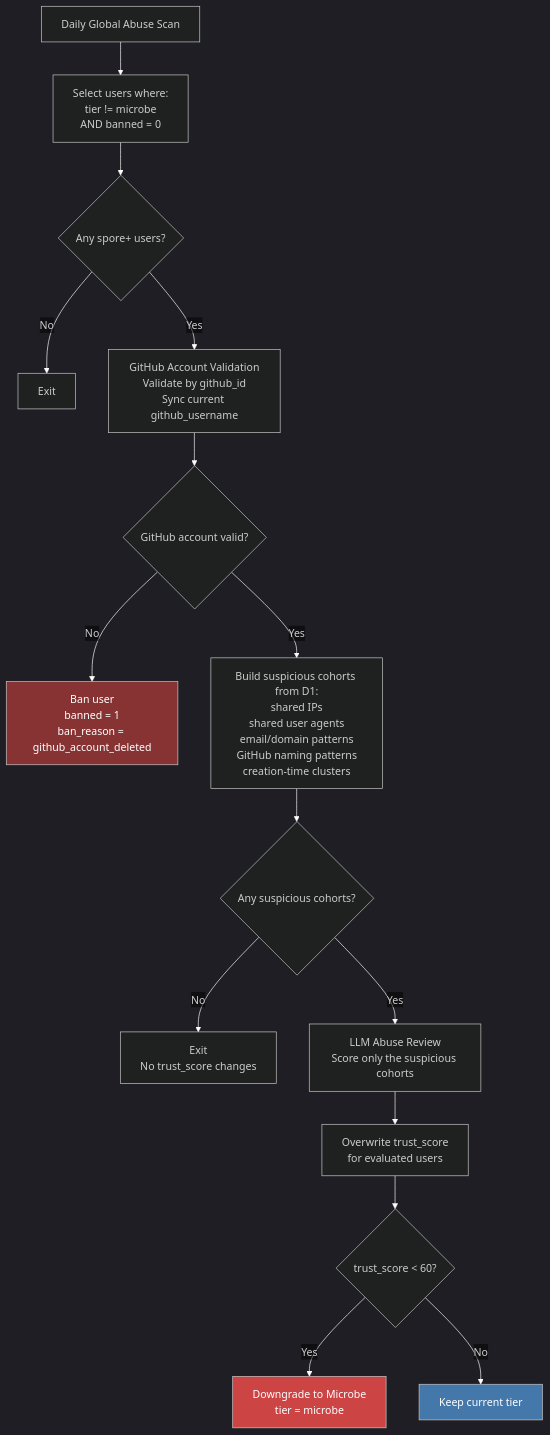
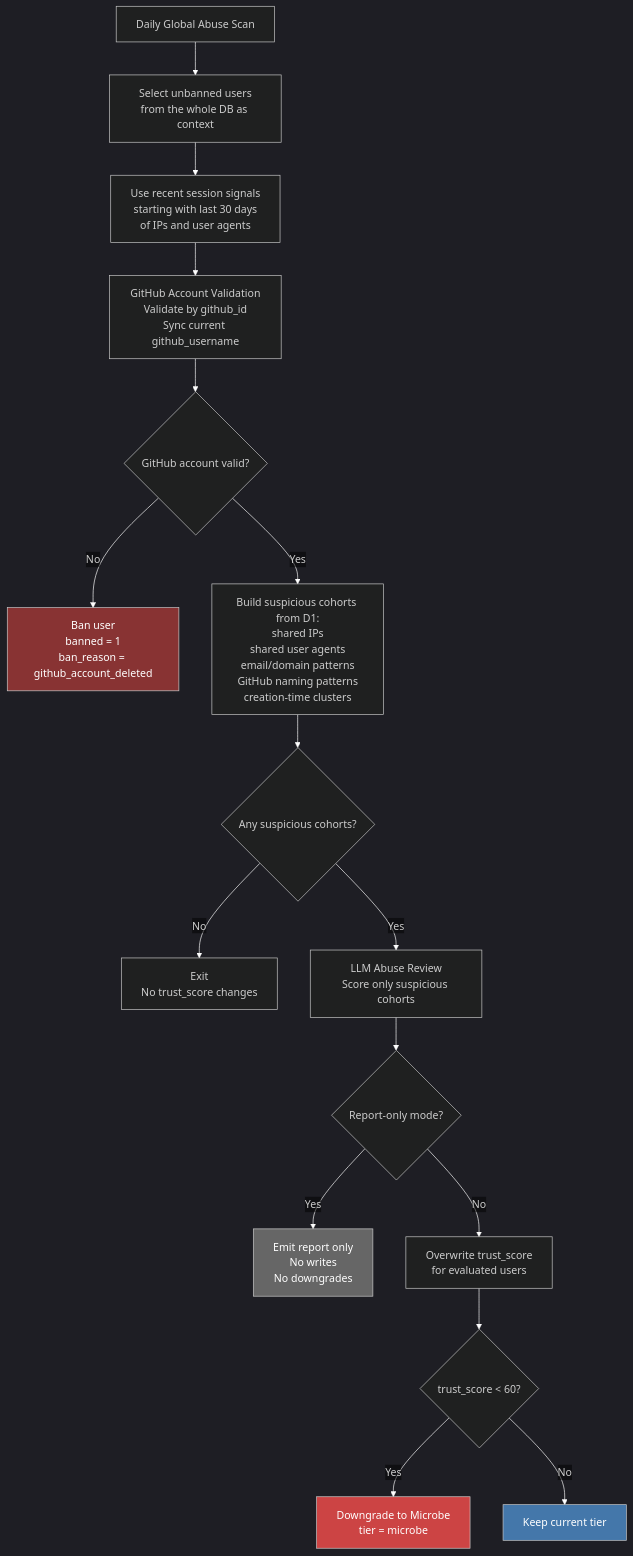
One commit to pollinations/pollinations changed the second of 3 diagrams in enter.pollinations.ai/scripts/user-pipeline/README.md. Above: the diagram before and after it, drawn with Mermaid. The commit also changed other lines of this file and 1 other file, not shown here.

Commit message:
docs: plan daily global abuse scan

````diff
--- a/enter.pollinations.ai/scripts/user-pipeline/README.md
+++ b/enter.pollinations.ai/scripts/user-pipeline/README.md
@@ -138,42 +149,48 @@
 ```mermaid
 %%{init: {'theme': 'dark', 'themeVariables': {'lineColor': '#ffffff', 'edgeLabelBackground': 'transparent'}}}%%
 flowchart TD
-    A["Daily Global Abuse Scan"] --> B["Select users where:
-tier != microbe
-AND banned = 0"]
+    A["Daily Global Abuse Scan"] --> B["Select unbanned users
+from the whole DB as context"]
 
-    B --> C{"Any spore+ users?"}
-    C -->|No| D["Exit"]
-    C -->|Yes| E["GitHub Account Validation
+    B --> C["Use recent session signals
+starting with last 30 days
+of IPs and user agents"]
+
+    C --> D["GitHub Account Validation
 Validate by github_id
 Sync current github_username"]
 
-    E --> F{"GitHub account valid?"}
-    F -->|No| G["Ban user
+    D --> E{"GitHub account valid?"}
+    E -->|No| F["Ban user
 banned = 1
 ban_reason = github_account_deleted"]
-    F -->|Yes| H["Build suspicious cohorts from D1:
+    E -->|Yes| G["Build suspicious cohorts from D1:
 shared IPs
 shared user agents
 email/domain patterns
 GitHub naming patterns
 creation-time clusters"]
 
-    H --> I{"Any suspicious cohorts?"}
-    I -->|No| J["Exit
+    G --> H{"Any suspicious cohorts?"}
+    H -->|No| I["Exit
 No trust_score changes"]
-    I -->|Yes| K["LLM Abuse Review
-Score only the suspicious cohorts"]
+    H -->|Yes| J["LLM Abuse Review
+Score only suspicious cohorts"]
 
-    K --> L["Overwrite trust_score
+    J --> K{"Report-only mode?"}
+    K -->|Yes| L["Emit report only
+No writes
+No downgrades"]
+    K -->|No| M["Overwrite trust_score
 for evaluated users"]
 
-    L --> M{"trust_score < 60?"}
-    M -->|Yes| N["Downgrade to Microbe
+    M --> N{"trust_score < 60?"}
+    N -->|Yes| O["Downgrade to Microbe
 tier = microbe"]
-    M -->|No| O["Keep current tier"]
+    N -->|No| P["Keep current tier"]
 
-    style G fill:#833,color:#fff
-    style N fill:#c44,color:#fff
-    style O fill:#47a,color:#fff
+    style F fill:#833,color:#fff
+    style L fill:#666,color:#fff
+    style O fill:#c44,color:#fff
+    style P fill:#47a,color:#fff
 ```
````
